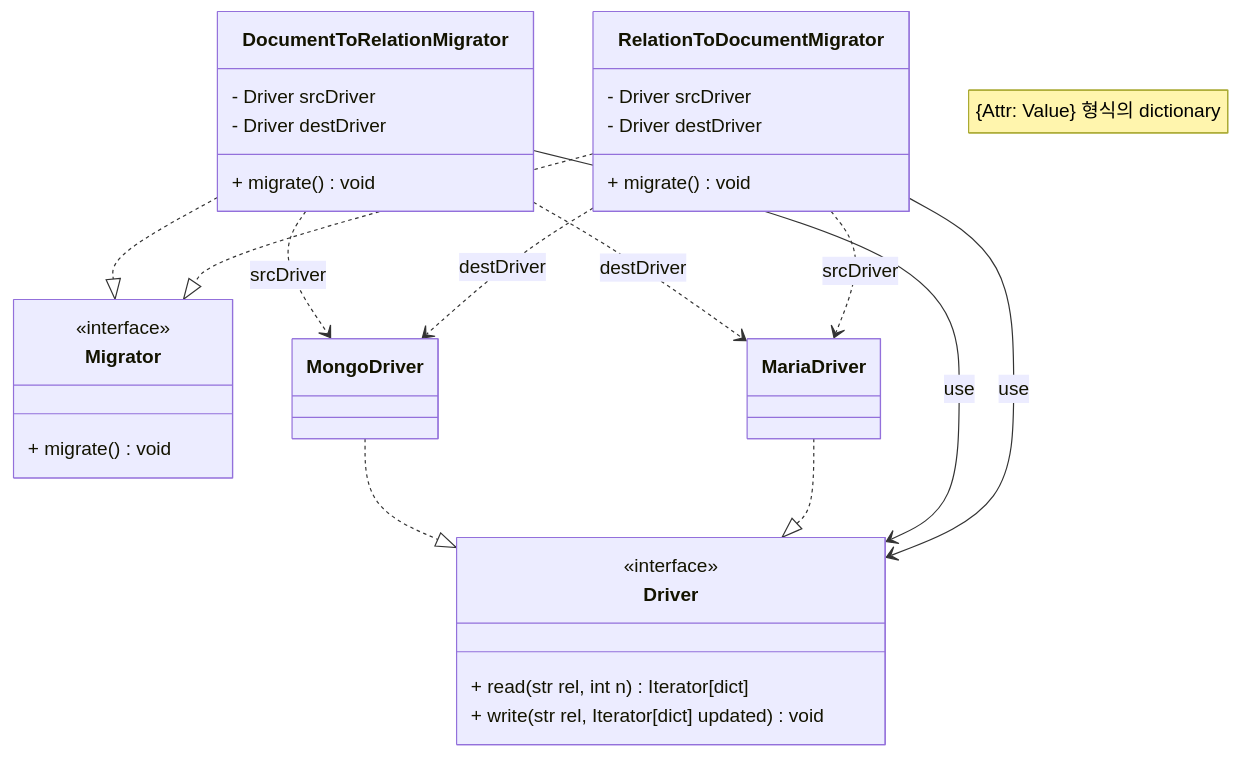
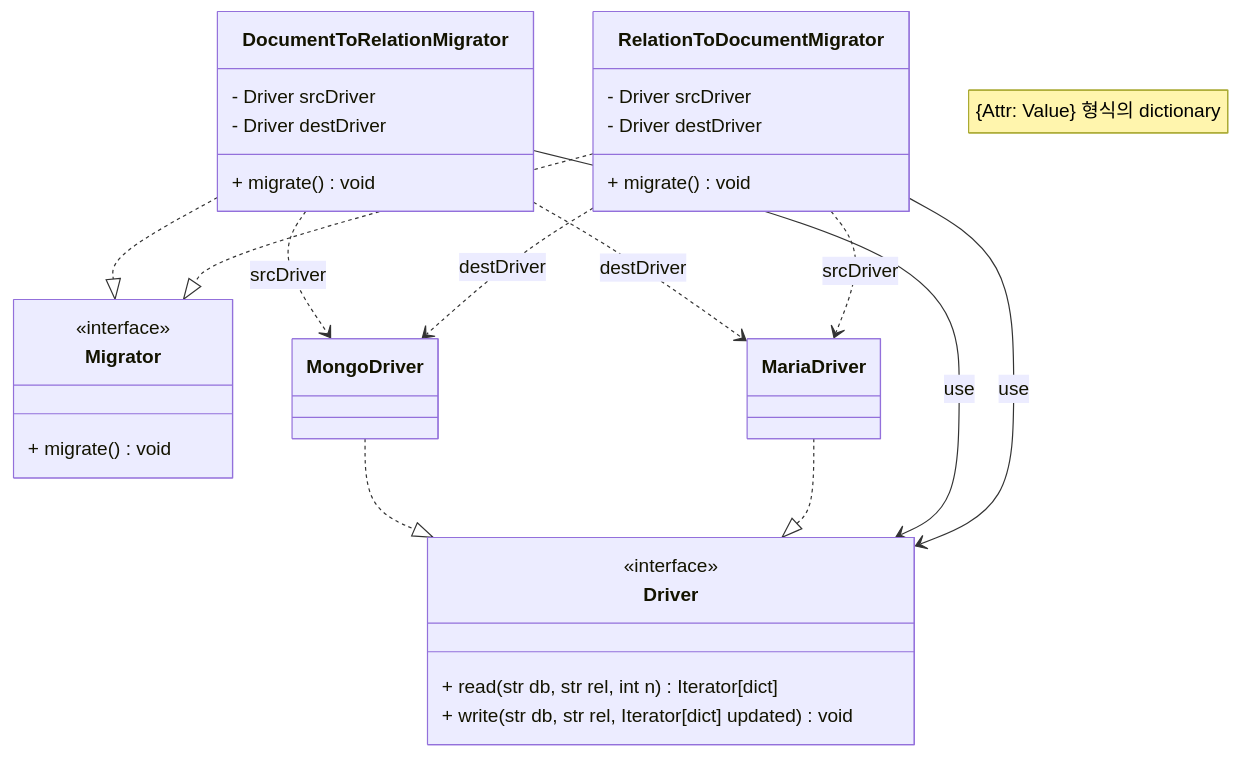
One commit to KU-Capstone-Design/pyoniverse-data-migrator changed the first of 2 diagrams in docs/design.md. Above: the diagram before and after it, drawn with Mermaid. The commit also changed 13 other files, not shown here.

````diff
--- a/docs/design.md
+++ b/docs/design.md
@@ -3,33 +3,33 @@
 ```mermaid
 classDiagram
     note "{Attr: Value} 형식의 dictionary"
     class Driver {
         <<interface>>
-        + read(str rel, int n) Iterator[dict]
-        + write(str rel, Iterator[dict] updated) void
+        + read(str db, str rel, int n) Iterator[dict]
+        + write(str db, str rel, Iterator[dict] updated) void
     }
     class Migrator {
         <<interface>>
         + migrate() void
     }
     class DocumentToRelationMigrator {
         - Driver srcDriver
         - Driver destDriver
         + migrate() void
     }
     class RelationToDocumentMigrator {
         - Driver srcDriver
         - Driver destDriver
         + migrate() void
     }
     MongoDriver ..|> Driver
     MariaDriver ..|> Driver
     DocumentToRelationMigrator ..|> Migrator
     RelationToDocumentMigrator ..|> Migrator
     DocumentToRelationMigrator --> Driver: use
     RelationToDocumentMigrator --> Driver: use
     DocumentToRelationMigrator ..> MongoDriver: srcDriver
     DocumentToRelationMigrator ..> MariaDriver: destDriver
     RelationToDocumentMigrator ..> MariaDriver: srcDriver
     RelationToDocumentMigrator ..> MongoDriver: destDriver
 ```
````
